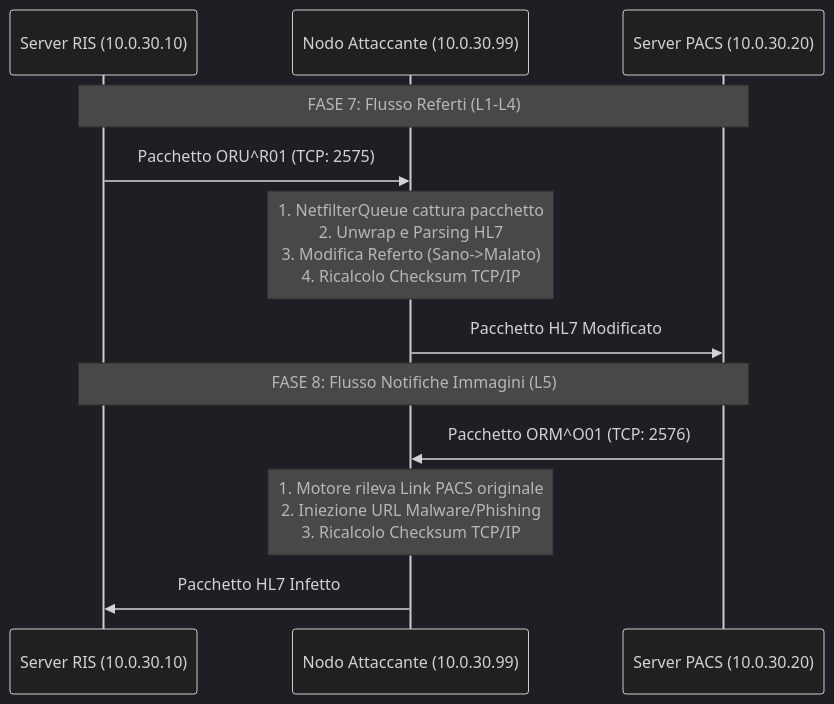
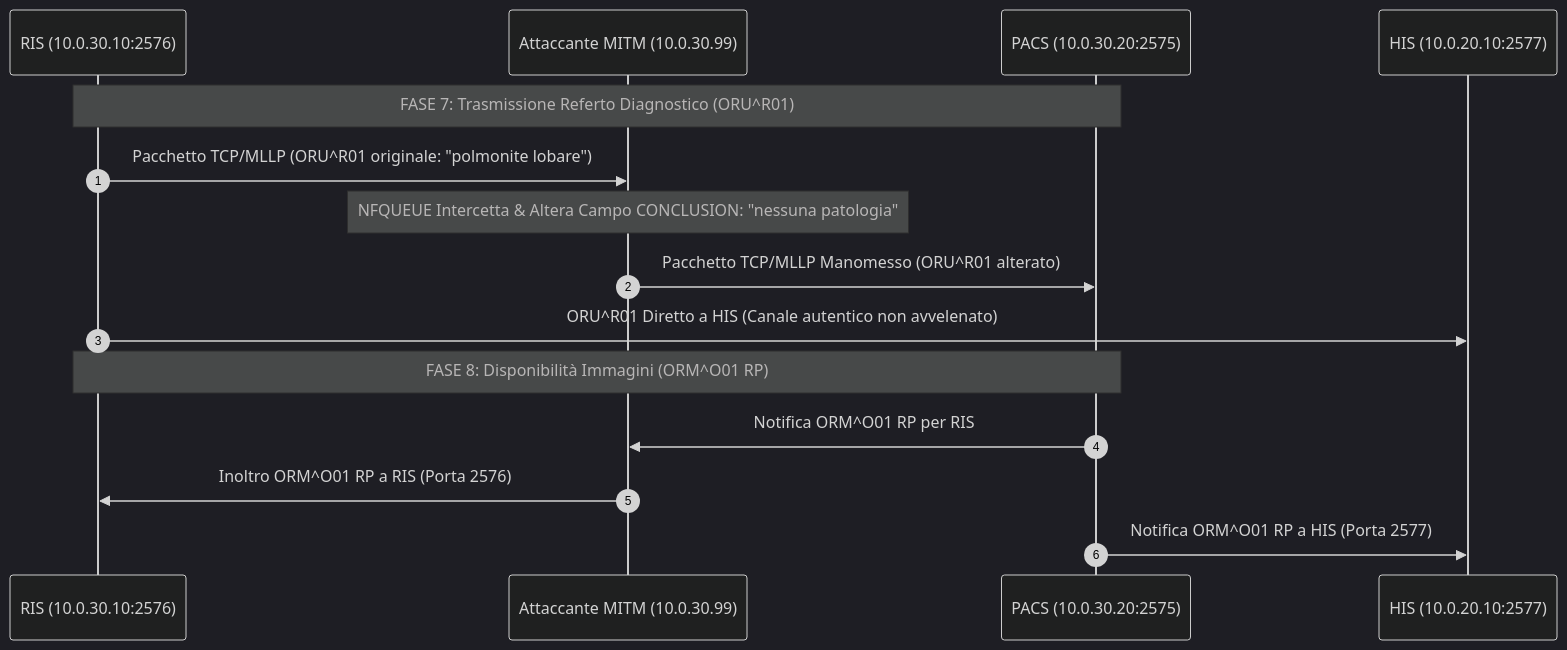
One commit to Rareinosod/Ethical-Hacking-Secure-Network-Architecture changed the second of 2 diagrams in README.md. Above: the diagram before and after it, drawn with Mermaid (dark theme). The commit also changed other lines of this file and 41 other files, not shown here.

Commit message:
feat: complete cybersecurity repository with missing mTLS defense scenario, documentation assets, and publication-grade README detailing offensive ethical hacking architecture

````diff
--- a/README.md
+++ b/README.md
@@ -328,16 +133,19 @@
 ```mermaid
 sequenceDiagram
-    participant RIS as Server RIS (10.0.30.10)
-    participant MitM as Nodo Attaccante (10.0.30.99)
-    participant PACS as Server PACS (10.0.30.20)
+    autonumber
+    participant RIS as RIS (10.0.30.10:2576)
+    participant ATT as Attaccante MITM (10.0.30.99)
+    participant PACS as PACS (10.0.30.20:2575)
+    participant HIS as HIS (10.0.20.10:2577)
 
-    Note over RIS, PACS: FASE 7: Flusso Referti (L1-L4)
-    RIS->>MitM: Pacchetto ORU^R01 (TCP: 2575)
-    Note over MitM: 1. NetfilterQueue cattura pacchetto<br>2. Unwrap e Parsing HL7<br>3. Modifica Referto (Sano->Malato)<br>4. Ricalcolo Checksum TCP/IP
-    MitM->>PACS: Pacchetto HL7 Modificato
-    
-    Note over RIS, PACS: FASE 8: Flusso Notifiche Immagini (L5)
-    PACS->>MitM: Pacchetto ORM^O01 (TCP: 2576)
-    Note over MitM: 1. Motore rileva Link PACS originale<br>2. Iniezione URL Malware/Phishing<br>3. Ricalcolo Checksum TCP/IP
-    MitM->>RIS: Pacchetto HL7 Infetto
+    Note over RIS,PACS: FASE 7: Trasmissione Referto Diagnostico (ORU^R01)
+    RIS->>ATT: Pacchetto TCP/MLLP (ORU^R01 originale: "polmonite lobare")
+    Note over ATT: NFQUEUE Intercetta & Altera Campo CONCLUSION: "nessuna patologia"
+    ATT->>PACS: Pacchetto TCP/MLLP Manomesso (ORU^R01 alterato)
+    RIS->>HIS: ORU^R01 Diretto a HIS (Canale autentico non avvelenato)
+
+    Note over PACS,RIS: FASE 8: Disponibilità Immagini (ORM^O01 RP)
+    PACS->>ATT: Notifica ORM^O01 RP per RIS
+    ATT->>RIS: Inoltro ORM^O01 RP a RIS (Porta 2576)
+    PACS->>HIS: Notifica ORM^O01 RP a HIS (Porta 2577)
 ```
````
